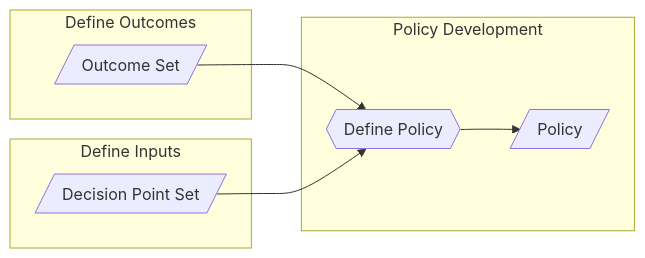
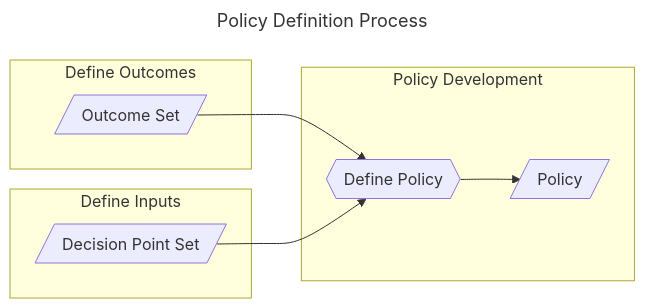
Before and after one commit to CERTCC/SSVC: the fifth of 7 diagrams in docs/howto/bootstrap/prepare.md, drawn with Mermaid. The commit also changed other lines of this file, not shown here.

````diff
--- a/docs/howto/bootstrap/prepare.md
+++ b/docs/howto/bootstrap/prepare.md
@@ -164,16 +179,19 @@
 ```mermaid
+---
+title: Policy Definition Process
+---
 flowchart LR
     subgraph do[Define Outcomes]
     oc[/Outcome Set/]
     end
     subgraph di [Define Inputs]
     dps[/Decision Point Set/]
     end
     subgraph policy [Policy Development]
         dfp{{Define Policy}}
         p[/Policy/]
     end
     oc --> dfp
     dps --> dfp
     dfp --> p
 ```
````
